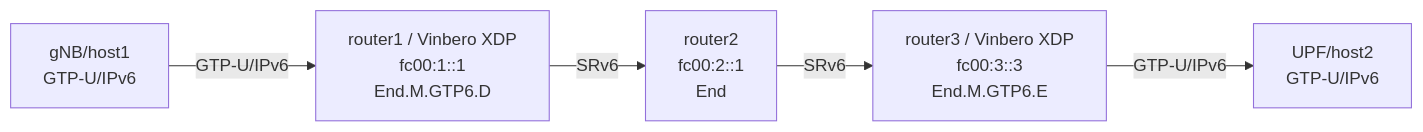
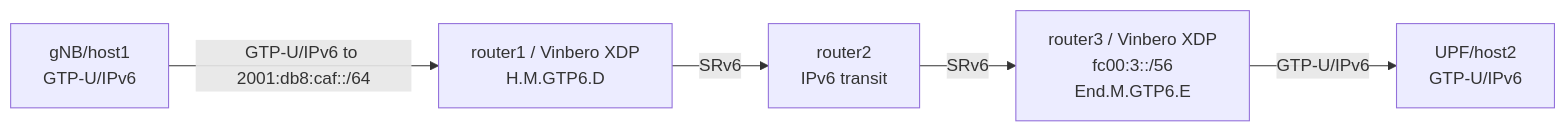
One commit to takehaya/Vinbero changed the diagram in examples/gtp6-encap/README.md. Above: the diagram before and after it, drawn with Mermaid. The commit also changed other lines of this file and 1 other file, not shown here.

First line of the commit message:
docs(gtp6-encap): update README to the H.M.GTP6.D headend design

````diff
--- a/examples/gtp6-encap/README.md
+++ b/examples/gtp6-encap/README.md
@@ -7,7 +7,7 @@
 ```mermaid
 graph LR
-    gNB[gNB/host1<br/>GTP-U/IPv6] -->|GTP-U/IPv6| router1[router1 / Vinbero XDP<br/>fc00:1::1<br/>End.M.GTP6.D]
-    router1 -->|SRv6| router2[router2<br/>fc00:2::1<br/>End]
-    router2 -->|SRv6| router3[router3 / Vinbero XDP<br/>fc00:3::3<br/>End.M.GTP6.E]
+    gNB[gNB/host1<br/>GTP-U/IPv6] -->|GTP-U/IPv6 to 2001:db8:caf::/64| router1[router1 / Vinbero XDP<br/>H.M.GTP6.D]
+    router1 -->|SRv6| router2[router2<br/>IPv6 transit]
+    router2 -->|SRv6| router3[router3 / Vinbero XDP<br/>fc00:3::/56<br/>End.M.GTP6.E]
     router3 -->|GTP-U/IPv6| UPF[UPF/host2<br/>GTP-U/IPv6]
 ```
````
